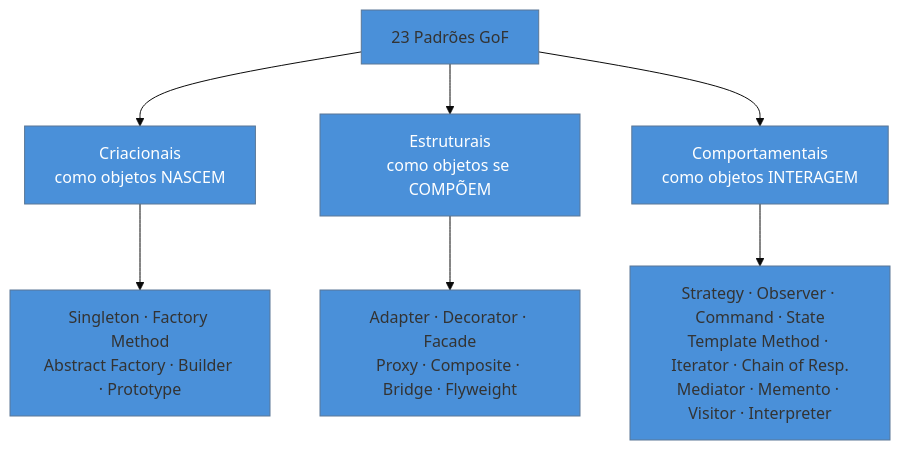
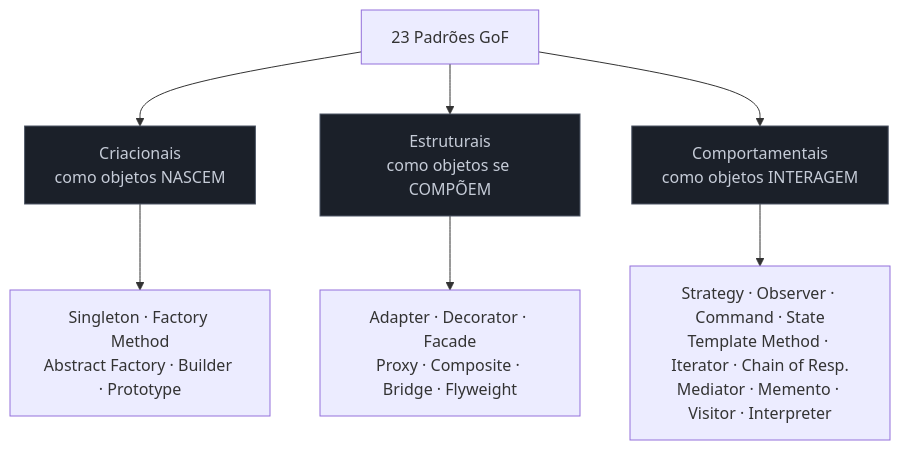
The diagram in 03-Dominios/Engenharia/Design de Software/Padrões de Projeto/Clássicos (GoF)/01 - O que são Design Patterns.md (josenaldo/codex-technomanticus), drawn with Mermaid before and after one commit. The commit also changed 1181 other files, not shown here.

First line of the commit message:
fix(diagramas): paleta do sistema no lugar de cor cravada no markdown

````diff
--- a/03-Dominios/Engenharia/Design de Software/Padrões de Projeto/Clássicos (GoF)/01 - O que são Design Patterns.md
+++ b/03-Dominios/Engenharia/Design de Software/Padrões de Projeto/Clássicos (GoF)/01 - O que são Design Patterns.md
@@ -46,15 +46,15 @@
 ```mermaid
-%%{init: {"theme": "base", "themeVariables": {"primaryColor": "#4A90D9"}}}%%
 graph TD
+    classDef neutro fill:#1B2029,stroke:#4E5666,color:#C6CCD8
     P[23 Padrões GoF] --> C[Criacionais<br/>como objetos NASCEM]
     P --> E[Estruturais<br/>como objetos se COMPÕEM]
     P --> B[Comportamentais<br/>como objetos INTERAGEM]
 
     C --> C1[Singleton · Factory Method<br/>Abstract Factory · Builder · Prototype]
     E --> E1[Adapter · Decorator · Facade<br/>Proxy · Composite · Bridge · Flyweight]
     B --> B1[Strategy · Observer · Command · State<br/>Template Method · Iterator · Chain of Resp.<br/>Mediator · Memento · Visitor · Interpreter]
 
-    style C fill:#4A90D9,color:#fff
-    style E fill:#4A90D9,color:#fff
-    style B fill:#4A90D9,color:#fff
+    class C neutro
+    class E neutro
+    class B neutro
 ```
````
